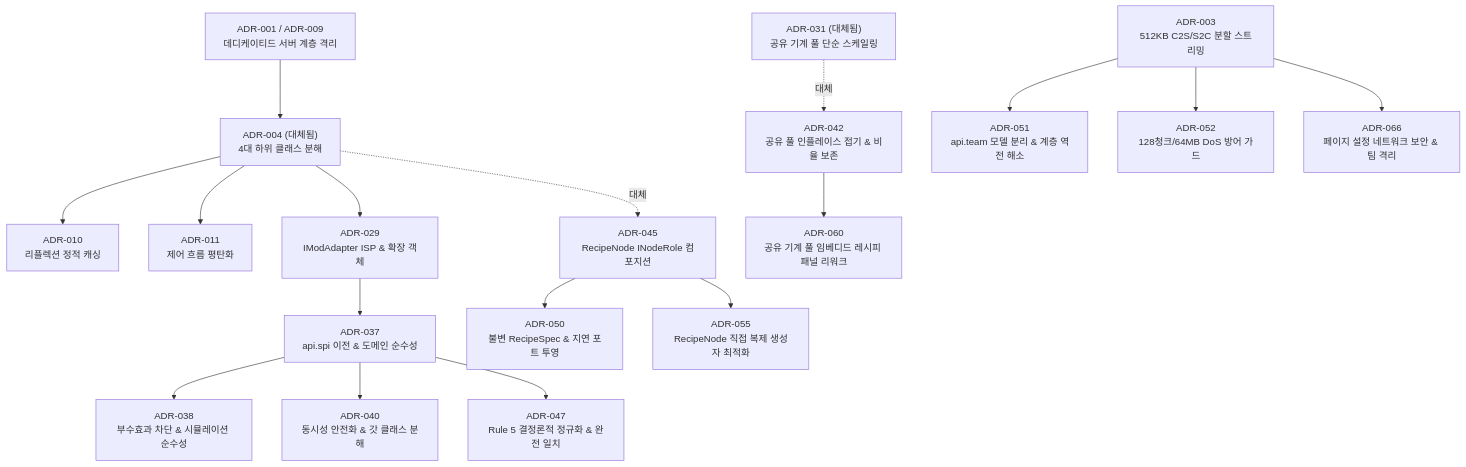
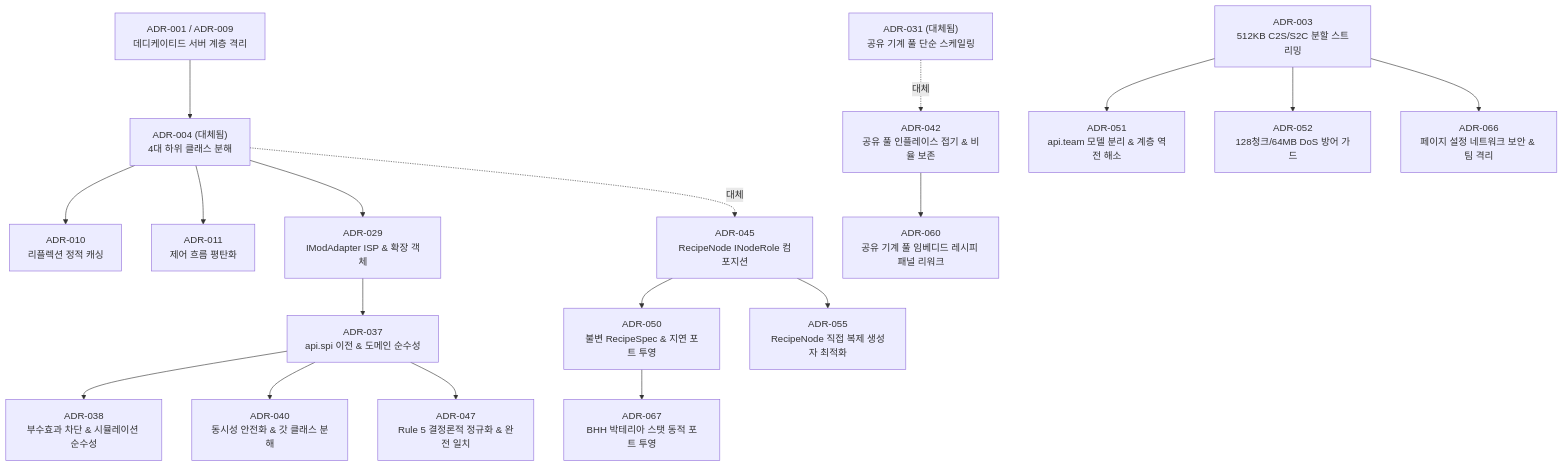
One commit to Amvermain/GregTechCalculatorBoard changed the fourth of 4 diagrams in docs/adr/README.md. Above: the diagram before and after it, drawn with Mermaid. The commit also changed other lines of this file and 53 other files, not shown here.

````diff
--- a/docs/adr/README.md
+++ b/docs/adr/README.md
@@ -85,19 +85,20 @@
 ```mermaid
 flowchart TD
     ADR001["ADR-001 / ADR-009<br/>데디케이티드 서버 계층 격리"] --> ADR004["ADR-004 (대체됨)<br/>4대 하위 클래스 분해"]
     ADR004 --> ADR010["ADR-010<br/>리플렉션 정적 캐싱"]
     ADR004 --> ADR011["ADR-011<br/>제어 흐름 평탄화"]
     ADR004 --> ADR029["ADR-029<br/>IModAdapter ISP & 확장 객체"]
     ADR029 --> ADR037["ADR-037<br/>api.spi 이전 & 도메인 순수성"]
     ADR037 --> ADR038["ADR-038<br/>부수효과 차단 & 시뮬레이션 순수성"]
     ADR037 --> ADR040["ADR-040<br/>동시성 안전화 & 갓 클래스 분해"]
     ADR037 --> ADR047["ADR-047<br/>Rule 5 결정론적 정규화 & 완전 일치"]
     ADR004 -.->|대체| ADR045["ADR-045<br/>RecipeNode INodeRole 컴포지션"]
     ADR045 --> ADR050["ADR-050<br/>불변 RecipeSpec & 지연 포트 투영"]
+    ADR050 --> ADR067["ADR-067<br/>BHH 박테리아 스탯 동적 포트 투영"]
     ADR045 --> ADR055["ADR-055<br/>RecipeNode 직접 복제 생성자 최적화"]
     ADR031["ADR-031 (대체됨)<br/>공유 기계 풀 단순 스케일링"] -.->|대체| ADR042["ADR-042<br/>공유 풀 인플레이스 접기 & 비율 보존"]
     ADR042 --> ADR060["ADR-060<br/>공유 기계 풀 임베디드 레시피 패널 리워크"]
     ADR003["ADR-003<br/>512KB C2S/S2C 분할 스트리밍"] --> ADR051["ADR-051<br/>api.team 모델 분리 & 계층 역전 해소"]
     ADR003 --> ADR052["ADR-052<br/>128청크/64MB DoS 방어 가드"]
     ADR003 --> ADR066["ADR-066<br/>페이지 설정 네트워크 보안 & 팀 격리"]
 ```
````
